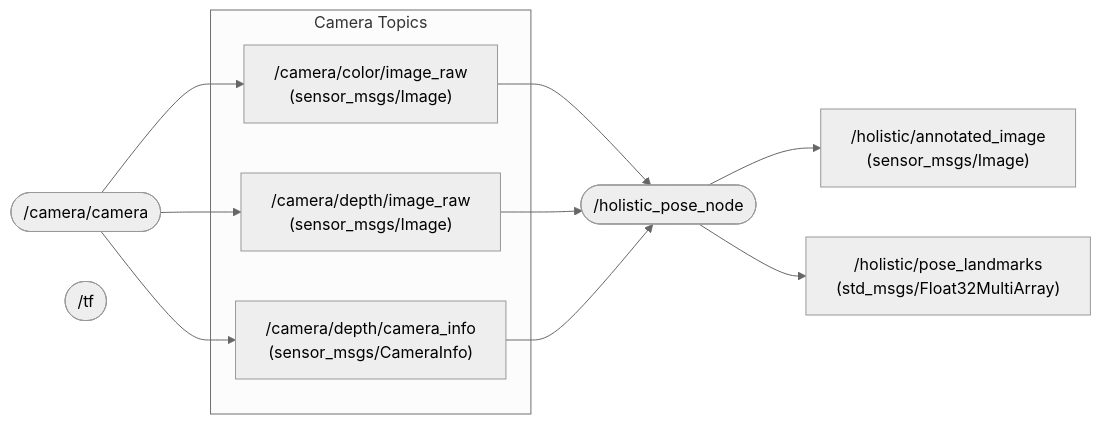
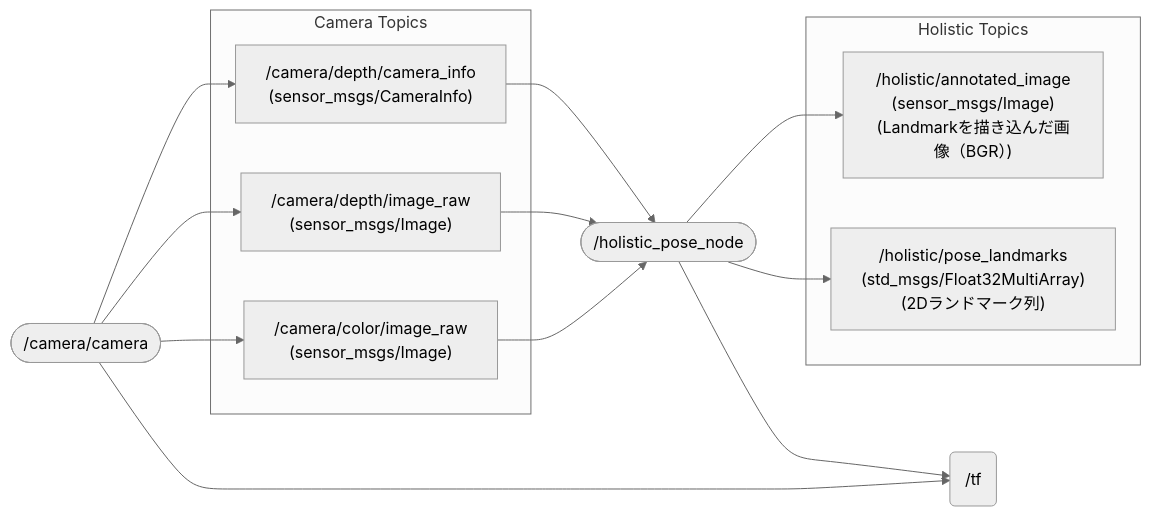
One commit to iHaruruki/mediapipe_ros2 changed the diagram in README.md. Above: the diagram before and after it, drawn with Mermaid (neutral theme).

````diff
--- a/README.md
+++ b/README.md
@@ -6,31 +6,35 @@
 ```mermaid
 flowchart LR
   %% Camera Node
   CARERA([/camera/camera])
-  TF([/tf])
+  TF(/tf)
 
   %% ---------- Input topics ----------
   subgraph Camera Topics
     CIMG["/camera/color/image_raw<br/>(sensor_msgs/Image)"]
     DIMG["/camera/depth/image_raw<br/>(sensor_msgs/Image)"]
     DINFO["/camera/depth/camera_info<br/>(sensor_msgs/CameraInfo)"]
   end
 
   CARERA --> CIMG
   CARERA --> DIMG
   CARERA --> DINFO
+  CARERA --> TF
 
   %% ---------- Node ----------
   NODE([/holistic_pose_node])
 
   CIMG --> NODE
   DIMG --> NODE
   DINFO --> NODE
+  NODE --> TF
 
   %% ---------- Output topics ----------
-  ANN["/holistic/annotated_image<br/>(sensor_msgs/Image)"]
-  LM["/holistic/pose_landmarks<br/>(std_msgs/Float32MultiArray)"]
+  subgraph Holistic Topics
+    ANN["/holistic/annotated_image<br/>(sensor_msgs/Image)<br/>(Landmarkを描き込んだ画像（BGR）)"]
+    LM["/holistic/pose_landmarks<br/>(std_msgs/Float32MultiArray)(2Dランドマーク列)"]
+  end
 
   NODE --> ANN
   NODE --> LM
 ```
````
